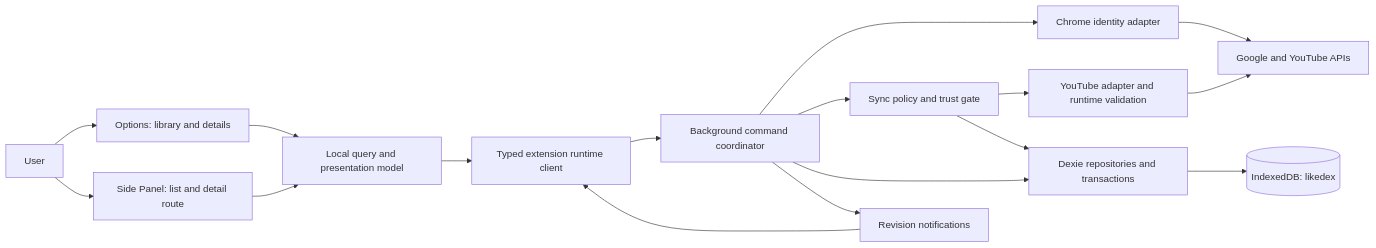
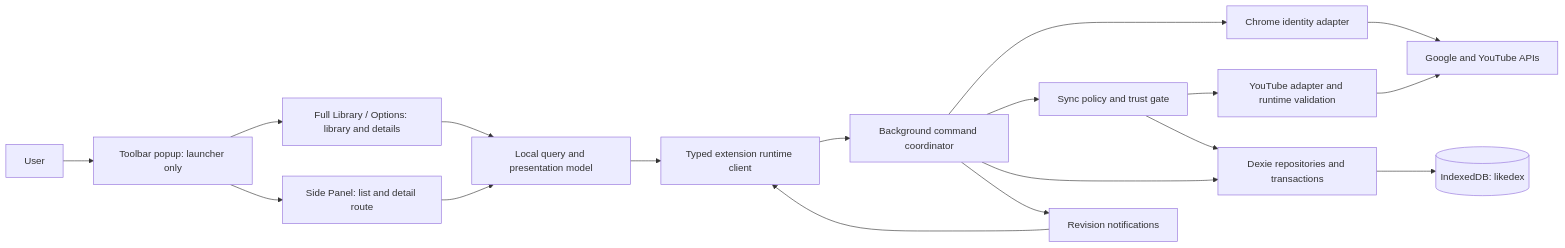
The first of 4 diagrams in docs/engineering-spec.md (vitali1024/likedex), drawn with Mermaid before and after one commit. The commit also changed other lines of this file and 37 other files, not shown here.

Commit message:
feat: add toolbar launcher and canonical branding

````diff
--- a/docs/engineering-spec.md
+++ b/docs/engineering-spec.md
@@ -9,19 +9,20 @@
 ```mermaid
 flowchart LR
-  User[User] --> Options[Options: library and details]
-  User --> Panel[Side Panel: list and detail route]
+  User[User] --> Launcher[Toolbar popup: launcher only]
+  Launcher --> Options[Full Library / Options: library and details]
+  Launcher --> Panel[Side Panel: list and detail route]
   Options --> Query[Local query and presentation model]
   Panel --> Query
   Query --> Runtime[Typed extension runtime client]
   Runtime --> Worker[Background command coordinator]
   Worker --> Auth[Chrome identity adapter]
   Worker --> Sync[Sync policy and trust gate]
   Sync --> Provider[YouTube adapter and runtime validation]
   Provider --> Google[Google and YouTube APIs]
   Auth --> Google
   Worker --> Store[Dexie repositories and transactions]
   Sync --> Store
   Store --> DB[(IndexedDB: likedex)]
   Worker --> Events[Revision notifications]
   Events --> Runtime
 ```
````
